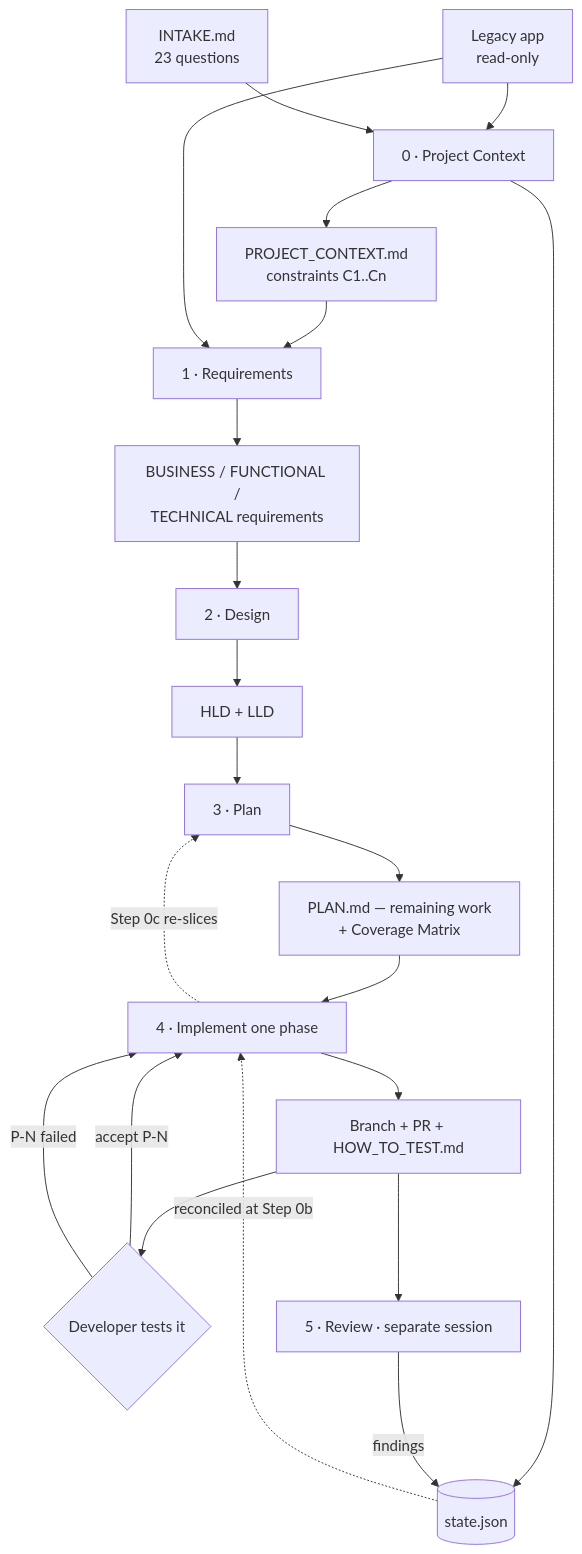
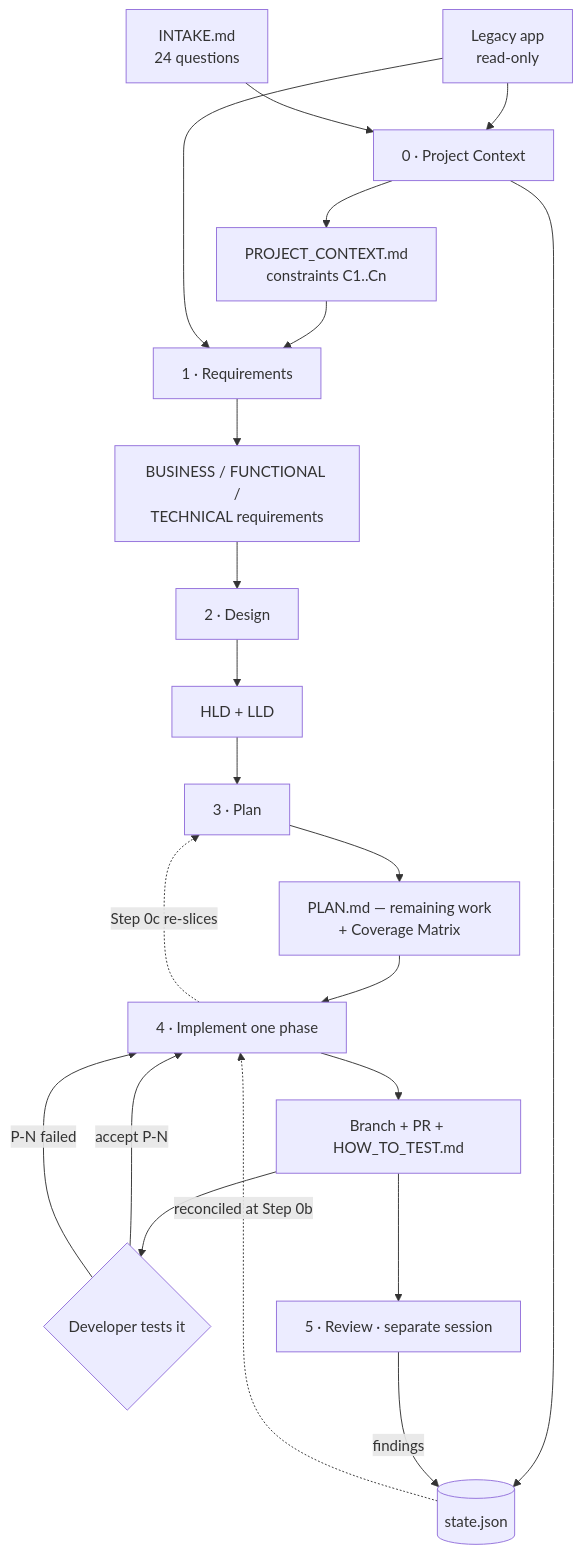
One commit to Mabeesha/AppModernizationHarness changed the first of 4 diagrams in ModernizationHarness/docs/DESIGN.md. Above: the diagram before and after it, drawn with Mermaid. The commit also changed other lines of this file and 8 other files, not shown here.

````diff
--- a/ModernizationHarness/docs/DESIGN.md
+++ b/ModernizationHarness/docs/DESIGN.md
@@ -32,23 +32,23 @@
 ```mermaid
 flowchart TD
     L[Legacy app<br/>read-only] --> S0
-    I[INTAKE.md<br/>23 questions] --> S0[0 · Project Context]
+    I[INTAKE.md<br/>24 questions] --> S0[0 · Project Context]
     S0 --> PC[PROJECT_CONTEXT.md<br/>constraints C1..Cn]
     S0 --> ST[(state.json)]
     PC --> S1[1 · Requirements]
     L --> S1
     S1 --> REQ[BUSINESS / FUNCTIONAL /<br/>TECHNICAL requirements]
     REQ --> S2[2 · Design]
     S2 --> D[HLD + LLD]
     D --> S3[3 · Plan]
     S3 --> PL[PLAN.md — remaining work<br/>+ Coverage Matrix]
     PL --> S4[4 · Implement one phase]
     S4 --> PR[Branch + PR + HOW_TO_TEST.md]
     PR --> DEV{Developer tests it}
     DEV -- accept P-N --> S4
     DEV -- P-N failed --> S4
     S4 -.->|Step 0c re-slices| S3
     PR --> S5[5 · Review · separate session]
     S5 -->|findings| ST
     ST -.->|reconciled at Step 0b| S4
 ```
````
